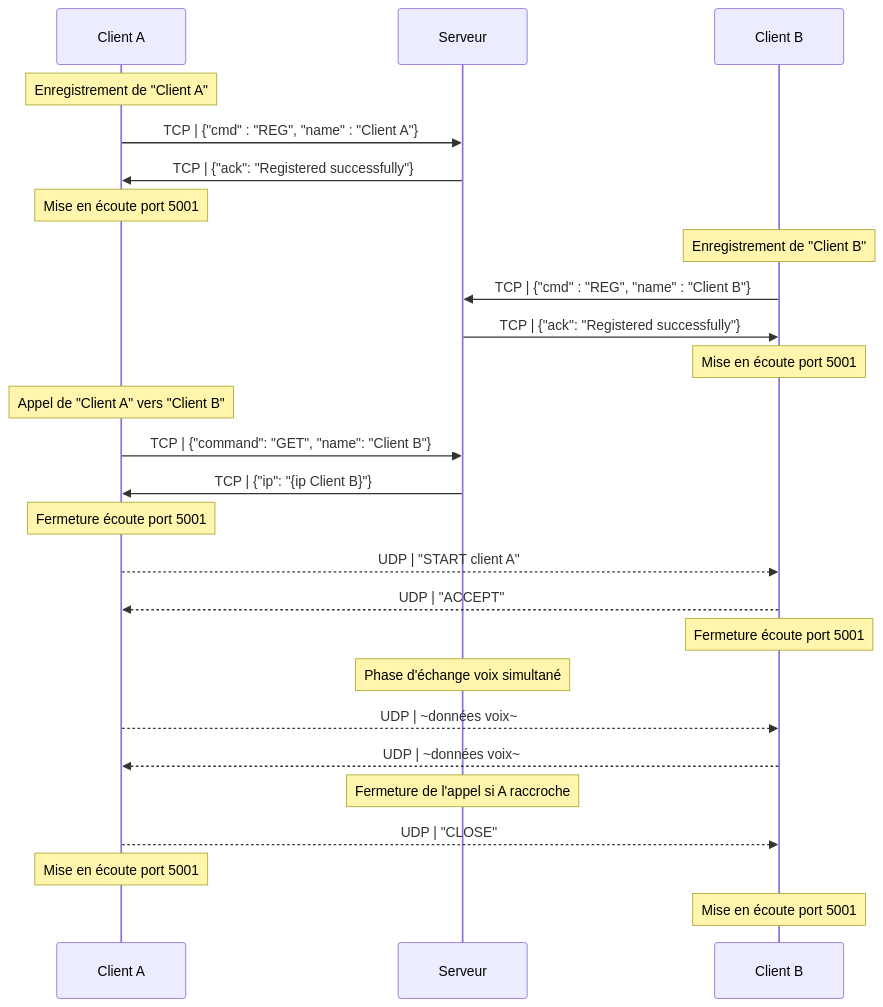
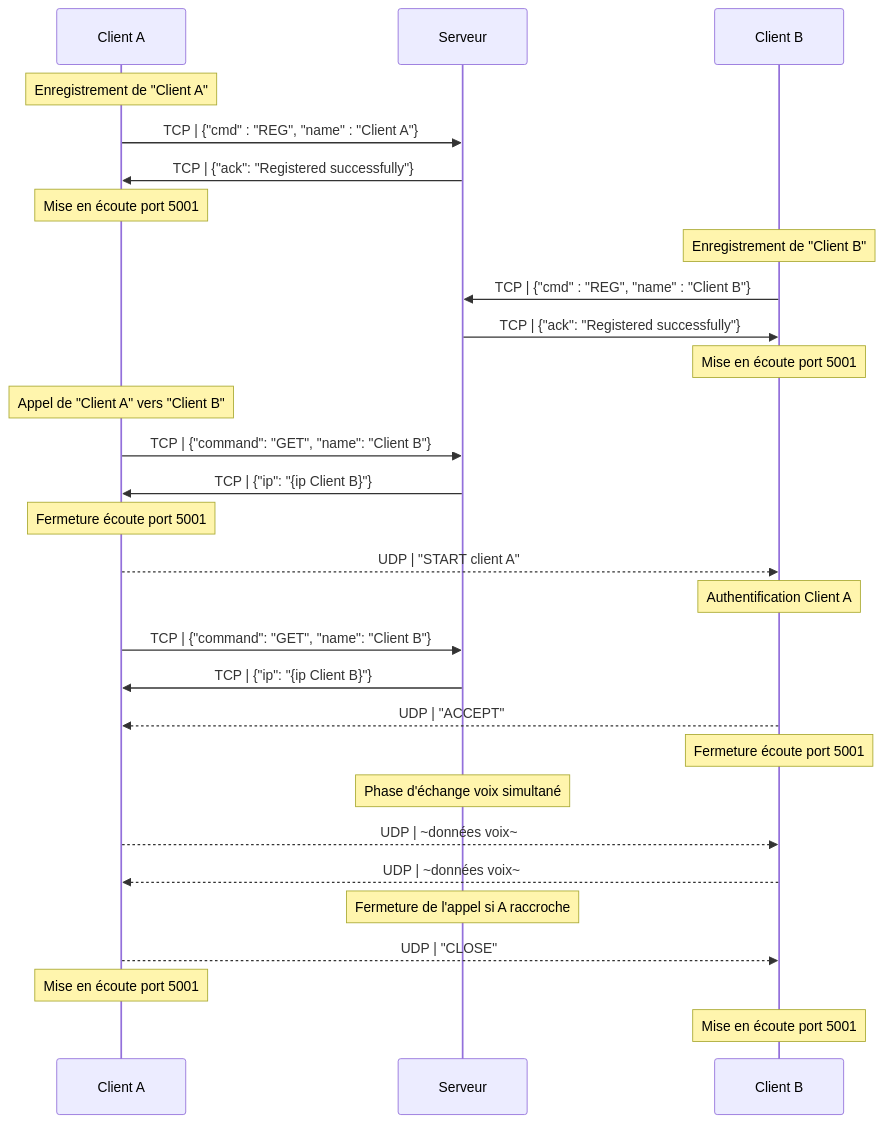
One commit to Relthdrarxash/SAE-POO-VoIP changed the first of 4 diagrams in Compte-Rendu.md. Above: the diagram before and after it, drawn with Mermaid. The commit also changed other lines of this file and 4 other files, not shown here.

````diff
--- a/Compte-Rendu.md
+++ b/Compte-Rendu.md
@@ -100,25 +102,28 @@
 ```mermaid
 sequenceDiagram
     Note over Client A: Enregistrement de "Client A"
     Client A->>Serveur:TCP | {"cmd" : "REG", "name" : "Client A"}
     Serveur->>Client A:TCP | {"ack": "Registered successfully"}
     Note over Client A: Mise en écoute port 5001
     Note over Client B: Enregistrement de "Client B"
     Client B->>Serveur:TCP | {"cmd" : "REG", "name" : "Client B"}
     Serveur->>Client B:TCP | {"ack": "Registered successfully"}
     Note over Client B: Mise en écoute port 5001
     Note over Client A: Appel de "Client A" vers "Client B"
     Client A->>Serveur: TCP | {"command": "GET", "name": "Client B"}
     Serveur->>Client A: TCP | {"ip": "{ip Client B}"}
     Note over Client A: Fermeture écoute port 5001
     Client A-->>Client B: UDP | "START client A"
+    Note over Client B: Authentification Client A
+    Client A->>Serveur: TCP | {"command": "GET", "name": "Client B"}
+    Serveur->>Client A: TCP | {"ip": "{ip Client B}"}
     Client B-->>Client A: UDP | "ACCEPT"
     Note over Client B: Fermeture écoute port 5001
     Note over Serveur: Phase d'échange voix simultané
     Client A-->>Client B: UDP | ~données voix~
     Client B-->>Client A: UDP | ~données voix~
     Note over Serveur: Fermeture de l'appel si A raccroche
     Client A-->>Client B: UDP | "CLOSE"
     Note over Client A: Mise en écoute port 5001
     Note over Client B: Mise en écoute port 5001
 ```
````
